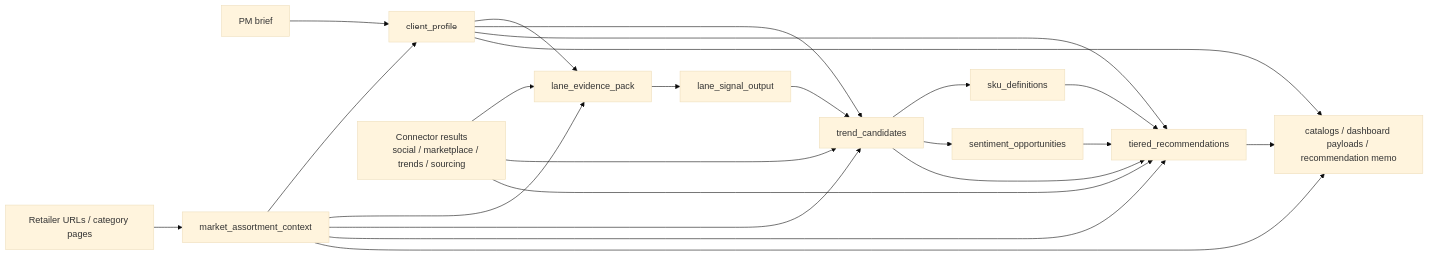
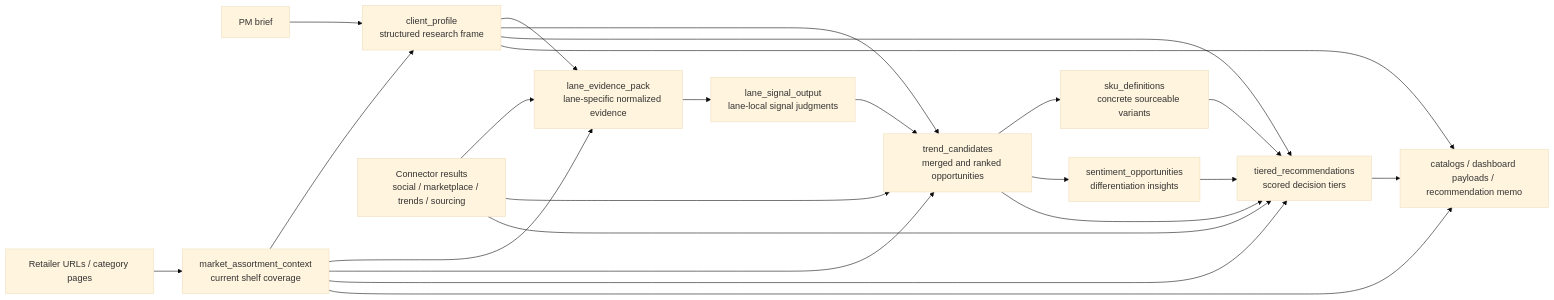
The second of 2 diagrams in architecture.md (piyushgenwa-srcy/research-agent), drawn with Mermaid (base theme) before and after one commit. The commit also changed other lines of this file and 14 other files, not shown here.

````diff
--- a/architecture.md
+++ b/architecture.md
@@ -81,31 +89,39 @@
 ```mermaid
 flowchart LR
-    A["PM brief"] --> B["client_profile"]
-    C["Retailer URLs / category pages"] --> D["market_assortment_context"]
+    A["PM brief"] --> B["client_profile
+    structured research frame"]
+    C["Retailer URLs / category pages"] --> D["market_assortment_context
+    current shelf coverage"]
     D --> B
 
-    B --> E["lane_evidence_pack"]
+    B --> E["lane_evidence_pack
+    lane-specific normalized evidence"]
     D --> E
 
-    E --> F["lane_signal_output"]
-    F --> G["trend_candidates"]
+    E --> F["lane_signal_output
+    lane-local signal judgments"]
+    F --> G["trend_candidates
+    merged and ranked opportunities"]
     B --> G
     D --> G
 
-    G --> H["sku_definitions"]
-    G --> I["sentiment_opportunities"]
-    G --> J["tiered_recommendations"]
+    G --> H["sku_definitions
+    concrete sourceable variants"]
+    G --> I["sentiment_opportunities
+    differentiation insights"]
+    G --> J["tiered_recommendations
+    scored decision tiers"]
     H --> J
     I --> J
     D --> J
     B --> J
 
     J --> K["catalogs / dashboard payloads / recommendation memo"]
     B --> K
     D --> K
 
     L["Connector results
     social / marketplace / trends / sourcing"] --> E
     L --> G
     L --> J
 ```
````
